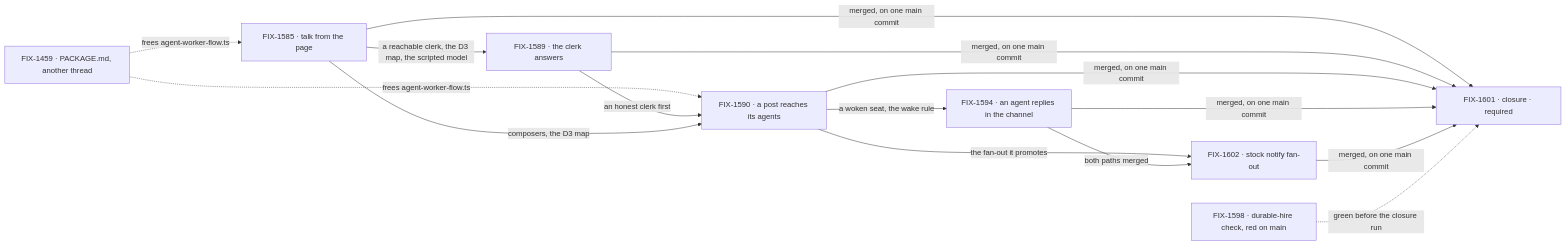
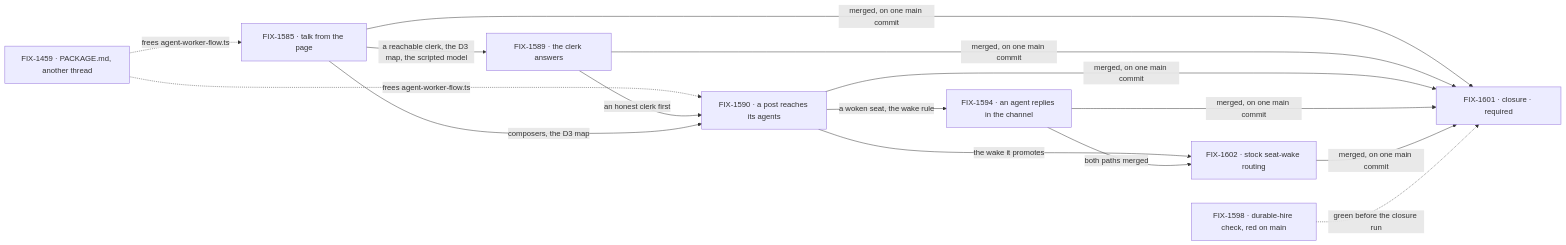
The second of 2 diagrams in specs/epics/FIX-1592/SPEC.md (fixpoint-labs/flow-state-dev), drawn with Mermaid before and after one commit. The commit also changed other lines of this file and 14 other files, not shown here.

First line of the commit message:
spec(epic FIX-1592): align the set on FIX-1602 as stock seat-wake routing

````diff
--- a/specs/epics/FIX-1592/SPEC.md
+++ b/specs/epics/FIX-1592/SPEC.md
@@ -96,13 +96,13 @@
 ```mermaid
 flowchart LR
   I["FIX-1459 · PACKAGE.md, another thread"] -.->|"frees agent-worker-flow.ts"| A
   I -.->|"frees agent-worker-flow.ts"| B
   A["FIX-1585 · talk from the page"] -->|"a reachable clerk, the D3 map, the scripted model"| D["FIX-1589 · the clerk answers"]
   D -->|"an honest clerk first"| B["FIX-1590 · a post reaches its agents"]
   A -->|"composers, the D3 map"| B
   B -->|"a woken seat, the wake rule"| C["FIX-1594 · an agent replies in the channel"]
-  B -->|"the fan-out it promotes"| F["FIX-1602 · stock notify fan-out"]
+  B -->|"the wake it promotes"| F["FIX-1602 · stock seat-wake routing"]
   C -->|"both paths merged"| F
   A & D & B & C & F -->|"merged, on one main commit"| Z["FIX-1601 · closure · required"]
   X["FIX-1598 · durable-hire check, red on main"] -.->|"green before the closure run"| Z
 ```
````
